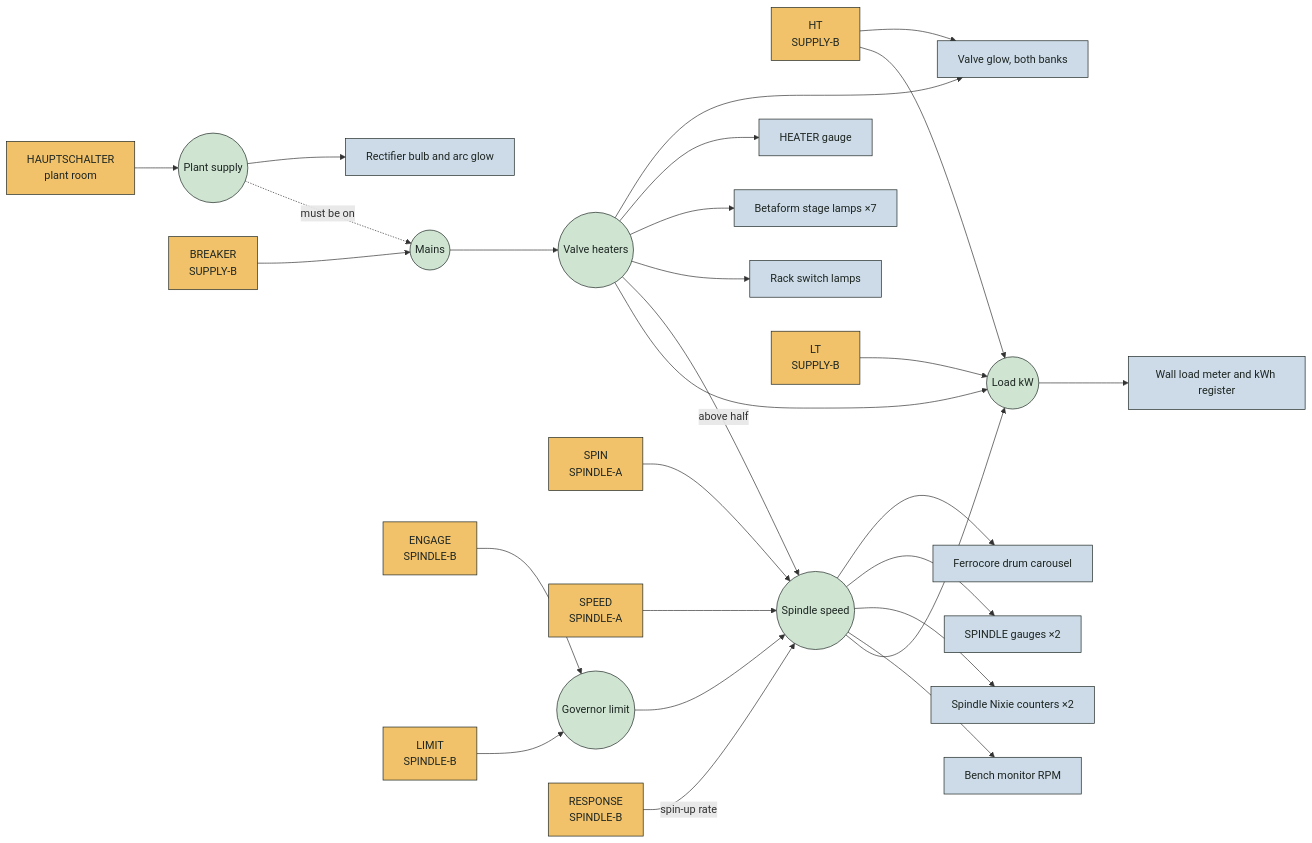
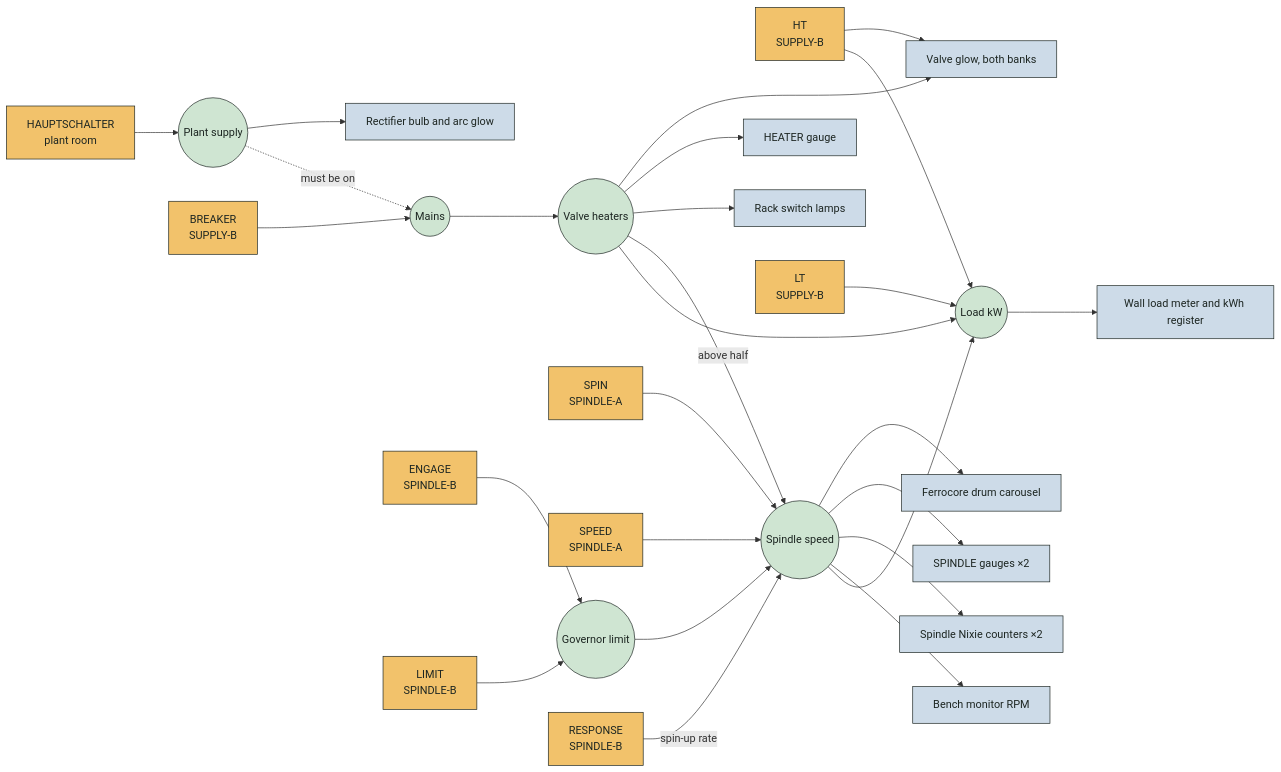
Before and after one commit to trebizondoculpepper/vx3_simulator: the first of 5 diagrams in doc/design/control-graph.md, drawn with Mermaid. The commit also changed other lines of this file and 10 other files, not shown here.

````diff
--- a/doc/design/control-graph.md
+++ b/doc/design/control-graph.md
@@ -11,33 +11,32 @@
 ```mermaid
 flowchart LR
 classDef input fill:#f2c26b,stroke:#1d2622,color:#1d2622
 classDef state fill:#cfe5d2,stroke:#1d2622,color:#1d2622
 classDef ind fill:#cddbe8,stroke:#1d2622,color:#1d2622
 HS["HAUPTSCHALTER<br/>plant room"]:::input --> PP(("Plant supply")):::state
 PP --> RECT["Rectifier bulb and arc glow"]:::ind
 PP -. must be on .-> MAINS
 BRK["BREAKER<br/>SUPPLY-B"]:::input --> MAINS(("Mains")):::state
 MAINS --> HEAT(("Valve heaters")):::state
 HT["HT<br/>SUPPLY-B"]:::input --> VALVES["Valve glow, both banks"]:::ind
 HEAT --> VALVES
 HEAT --> HG["HEATER gauge"]:::ind
-HEAT --> STAGE["Betaform stage lamps ×7"]:::ind
 HEAT --> SWL["Rack switch lamps"]:::ind
 HEAT -- "above half" --> SPIN(("Spindle speed")):::state
 SPINSW["SPIN<br/>SPINDLE-A"]:::input --> SPIN
 SPEED["SPEED<br/>SPINDLE-A"]:::input --> SPIN
 ENG["ENGAGE<br/>SPINDLE-B"]:::input --> GOV(("Governor limit")):::state
 LIMIT["LIMIT<br/>SPINDLE-B"]:::input --> GOV
 GOV --> SPIN
 RESP["RESPONSE<br/>SPINDLE-B"]:::input -- "spin-up rate" --> SPIN
 SPIN --> DRUM["Ferrocore drum carousel"]:::ind
 SPIN --> SG["SPINDLE gauges ×2"]:::ind
 SPIN --> NX["Spindle Nixie counters ×2"]:::ind
 SPIN --> CUBR["Bench monitor RPM"]:::ind
 HT --> LOAD(("Load kW")):::state
 LT["LT<br/>SUPPLY-B"]:::input --> LOAD
 HEAT --> LOAD
 SPIN --> LOAD
 LOAD --> WM["Wall load meter and kWh register"]:::ind
   
 ```
````
